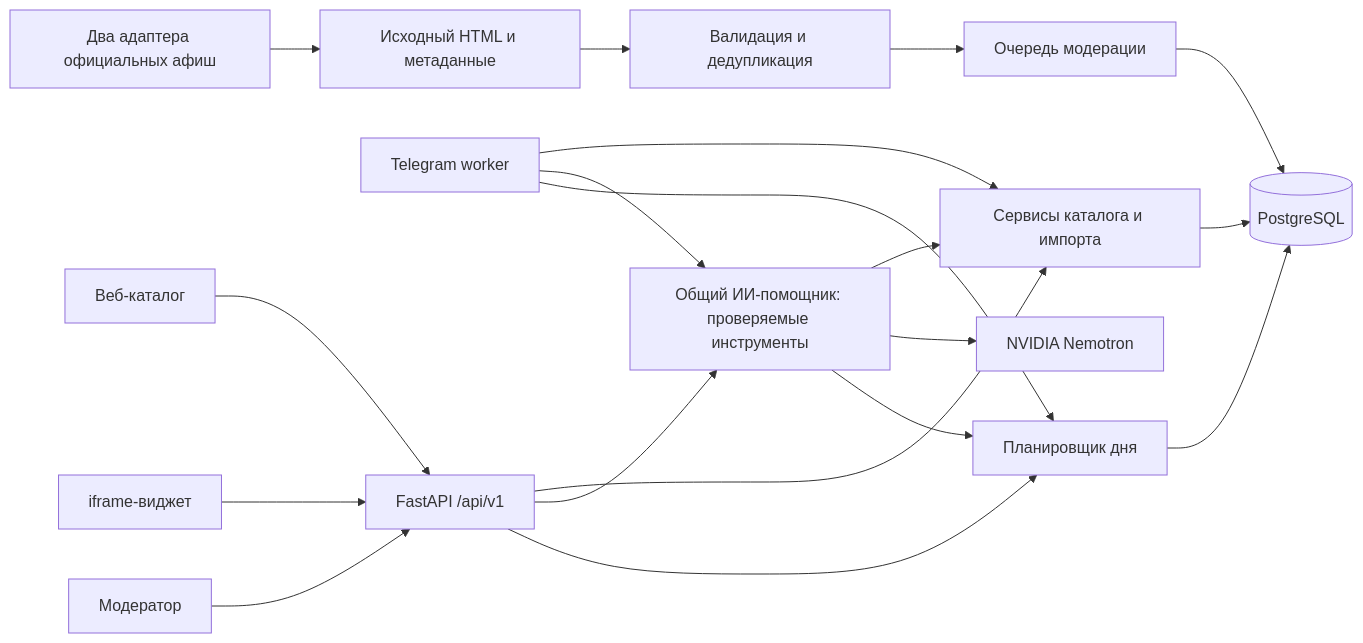
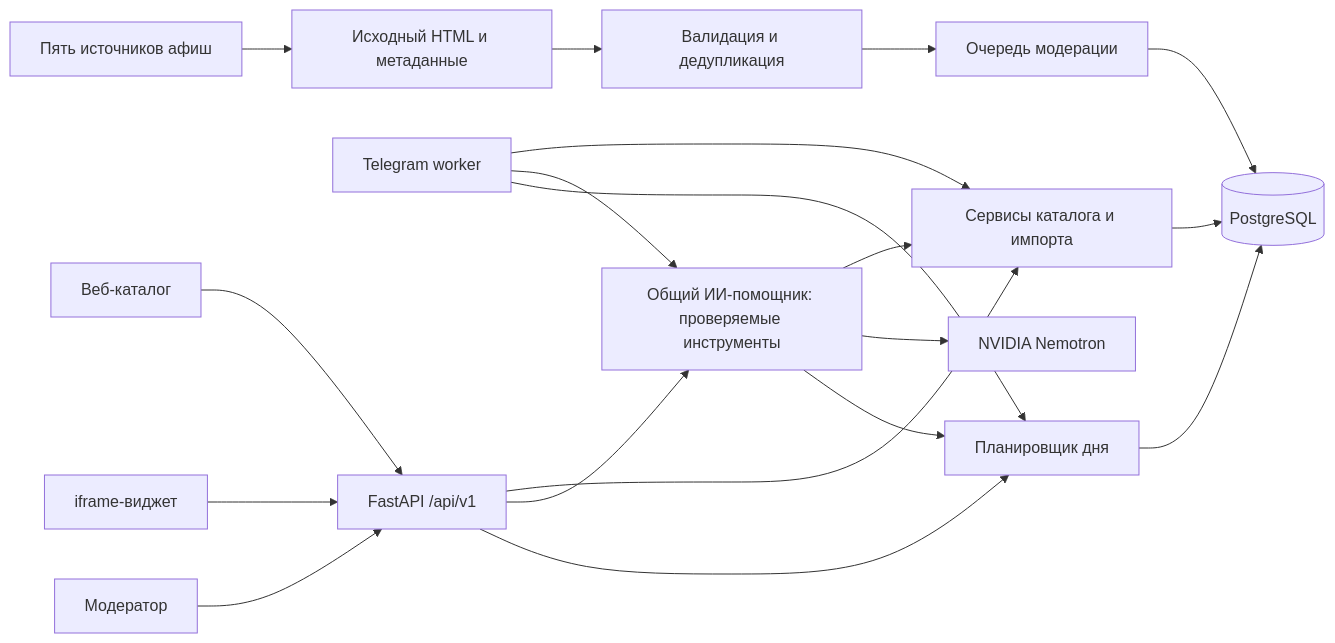
The diagram in docs/ARCHITECTURE.md (coldtime108/kurai-afisha), drawn with Mermaid before and after one commit. The commit also changed other lines of this file and 29 other files, not shown here.

````diff
--- a/docs/ARCHITECTURE.md
+++ b/docs/ARCHITECTURE.md
@@ -7,21 +7,21 @@
 ```mermaid
 flowchart LR
   W[Веб-каталог] --> API[FastAPI /api/v1]
   T[Telegram worker] --> S
   I[iframe-виджет] --> API
   M[Модератор] --> API
   API --> S[Сервисы каталога и импорта]
   S --> DB[(PostgreSQL)]
-  C[Два адаптера официальных афиш] --> R[Исходный HTML и метаданные]
+  C[Пять источников афиш] --> R[Исходный HTML и метаданные]
   R --> V[Валидация и дедупликация]
   V --> Q[Очередь модерации]
   Q --> DB
   API --> A[Общий ИИ-помощник: проверяемые инструменты]
   T --> A
   A --> S
   A --> L[NVIDIA Nemotron]
   API --> P[Планировщик дня]
   T --> P
   A --> P
   P --> DB
 ```
````
